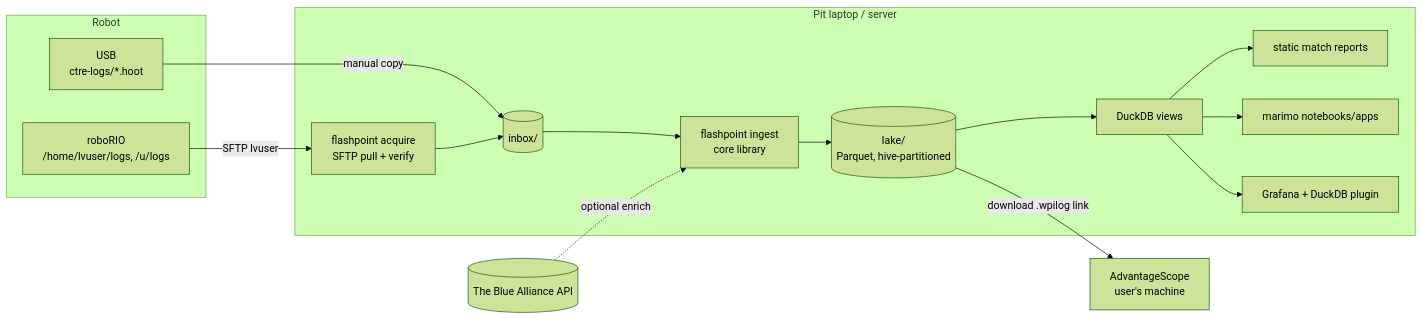
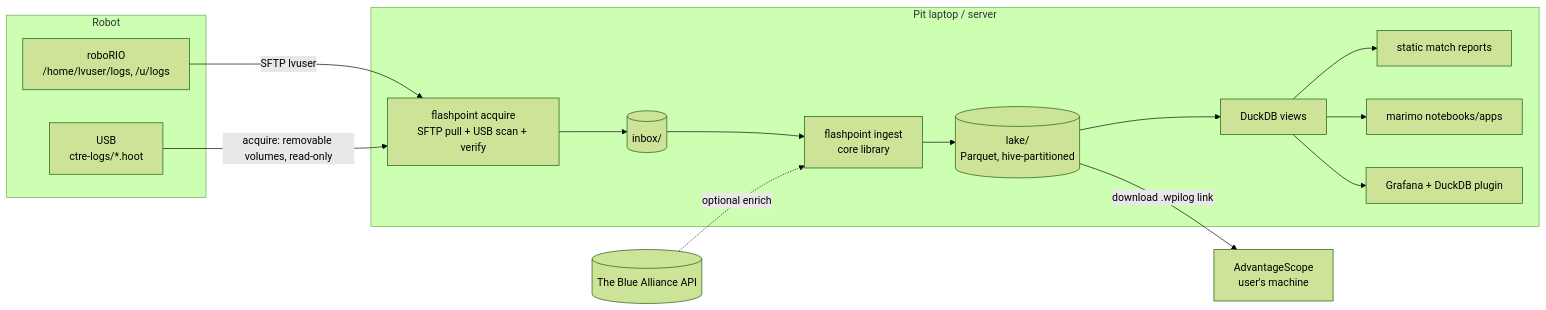
One commit to IgniteRobotics/flashpoint changed the first of 3 diagrams in docs/rewrite/05-target-architecture.md. Above: the diagram before and after it, drawn with Mermaid (forest theme). The commit also changed other lines of this file and 6 other files, not shown here.

First line of the commit message:
docs(p3): amend ADR-0009, update architecture, roadmap, README and design for acquire

````diff
--- a/docs/rewrite/05-target-architecture.md
+++ b/docs/rewrite/05-target-architecture.md
@@ -22,26 +22,26 @@
 ```mermaid
 flowchart LR
     subgraph Robot
       RIO[roboRIO<br>/home/lvuser/logs, /u/logs]
       USB[USB<br>ctre-logs/*.hoot]
     end
     subgraph Pit laptop / server
-      ACQ[flashpoint acquire<br>SFTP pull + verify]
+      ACQ[flashpoint acquire<br>SFTP pull + USB scan + verify]
       INBOX[(inbox/)]
       ING[flashpoint ingest<br>core library]
       LAKE[(lake/<br>Parquet, hive-partitioned)]
       DUCK[DuckDB views]
       SITE[static match reports]
       NB[marimo notebooks/apps]
       GRAF[Grafana + DuckDB plugin]
     end
     TBA[(The Blue Alliance API)]
     AS[AdvantageScope<br>user's machine]
 
     RIO -->|SFTP lvuser| ACQ
-    USB -->|manual copy| INBOX
+    USB -->|acquire: removable volumes, read-only| ACQ
     ACQ --> INBOX --> ING --> LAKE --> DUCK
     TBA -.optional enrich.-> ING
     DUCK --> SITE & NB & GRAF
     LAKE -->|download .wpilog link| AS
 ```
````
